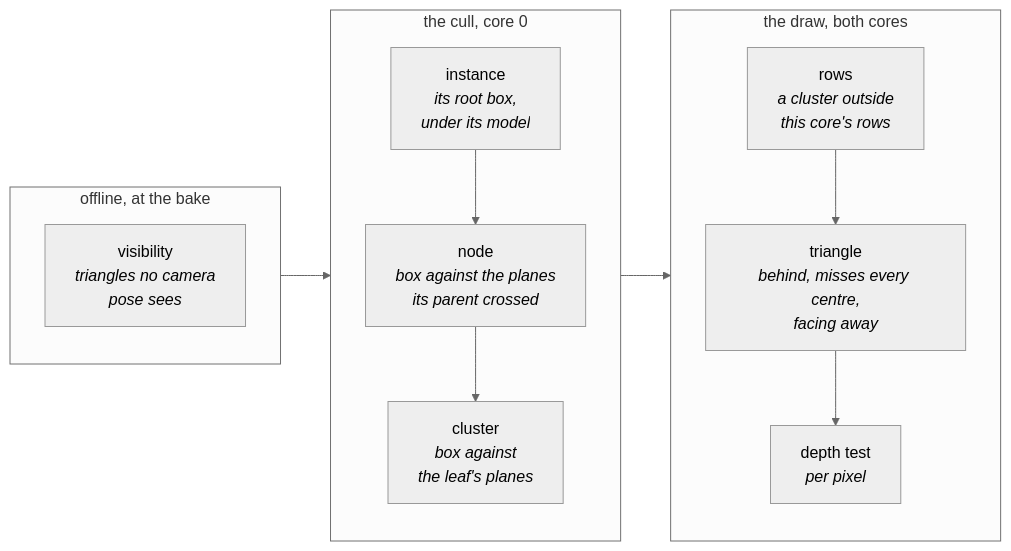
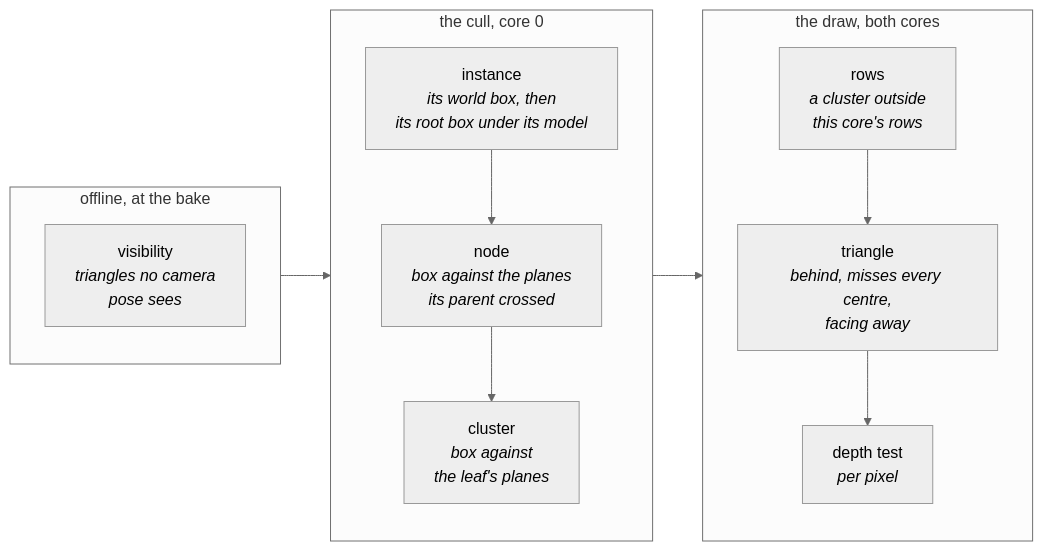
One commit to jose-villegas/autana changed the first of 2 diagrams in docs/render/frame/Culling.md. Above: the diagram before and after it, drawn with Mermaid (neutral theme). The commit also changed other lines of this file and 23 other files, not shown here.

Commit message:
r3d: one picture lens per frame, a RAM world box before an instance's walk, no batch slot for an instance that kept nothing (autana-76xc4)

````diff
--- a/docs/render/frame/Culling.md
+++ b/docs/render/frame/Culling.md
@@ -8,17 +8,17 @@
 ```mermaid
 flowchart LR
     subgraph Offline["offline, at the bake"]
         Vis["visibility<br/><i>triangles no camera<br/>pose sees</i>"]
     end
     subgraph Census["the cull, core 0"]
         direction TB
-        Inst["instance<br/><i>its root box,<br/>under its model</i>"] --> Node["node<br/><i>box against the planes<br/>its parent crossed</i>"]
+        Inst["instance<br/><i>its world box, then<br/>its root box under its model</i>"] --> Node["node<br/><i>box against the planes<br/>its parent crossed</i>"]
         Node --> Cluster["cluster<br/><i>box against<br/>the leaf's planes</i>"]
     end
     subgraph Draw["the draw, both cores"]
         direction TB
         Rows["rows<br/><i>a cluster outside<br/>this core's rows</i>"] --> Tri["triangle<br/><i>behind, misses every centre,<br/>facing away</i>"]
         Tri --> Depth["depth test<br/><i>per pixel</i>"]
     end
     Offline --> Census --> Draw
 ```
````
